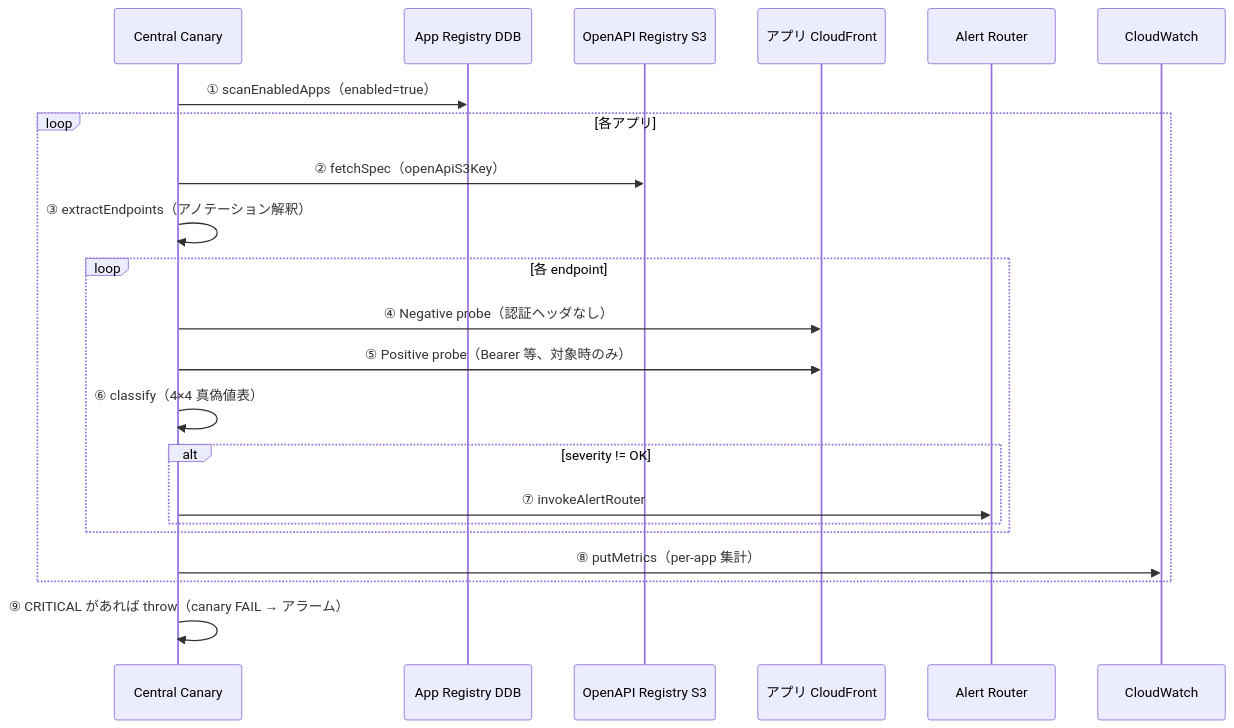
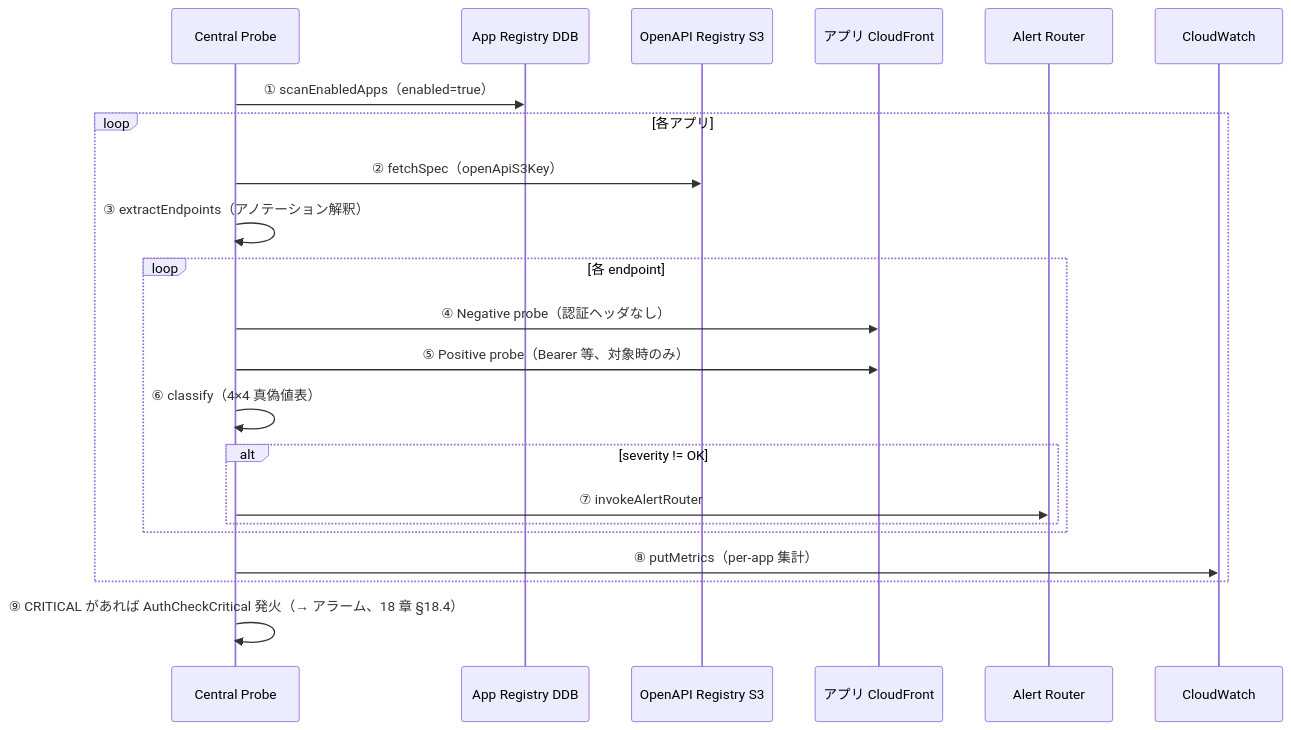
Before and after one commit to suepie/aws-atuh-poc: the diagram in doc/api-platform/basic-design/11-central-canary-architecture.md, drawn with Mermaid. The commit also changed other lines of this file and 14 other files, not shown here.

````diff
--- a/doc/api-platform/basic-design/11-central-canary-architecture.md
+++ b/doc/api-platform/basic-design/11-central-canary-architecture.md
@@ -21,25 +21,25 @@
 ```mermaid
 sequenceDiagram
-    participant CC as Central Canary
+    participant CC as Central Probe
     participant Reg as App Registry DDB
     participant OAR as OpenAPI Registry S3
     participant CF as アプリ CloudFront
     participant AR as Alert Router
     participant CW as CloudWatch
 
     CC->>Reg: ① scanEnabledApps（enabled=true）
     loop 各アプリ
         CC->>OAR: ② fetchSpec（openApiS3Key）
         CC->>CC: ③ extractEndpoints（アノテーション解釈）
         loop 各 endpoint
             CC->>CF: ④ Negative probe（認証ヘッダなし）
             CC->>CF: ⑤ Positive probe（Bearer 等、対象時のみ）
             CC->>CC: ⑥ classify（4×4 真偽値表）
             alt severity != OK
                 CC->>AR: ⑦ invokeAlertRouter
             end
         end
         CC->>CW: ⑧ putMetrics（per-app 集計）
     end
-    CC->>CC: ⑨ CRITICAL があれば throw（canary FAIL → アラーム）
+    CC->>CC: ⑨ CRITICAL があれば AuthCheckCritical 発火（→ アラーム、18 章 §18.4）
 ```
````
